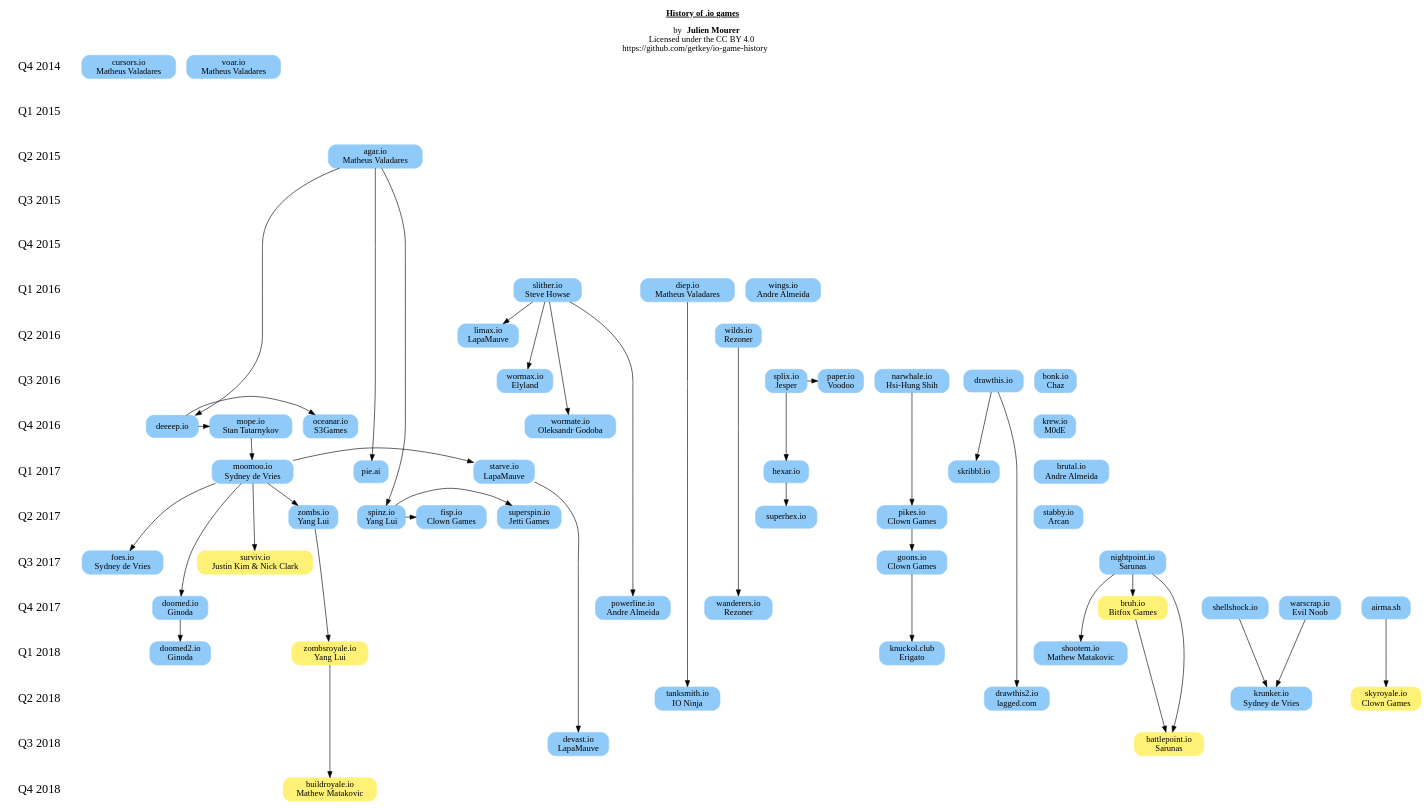
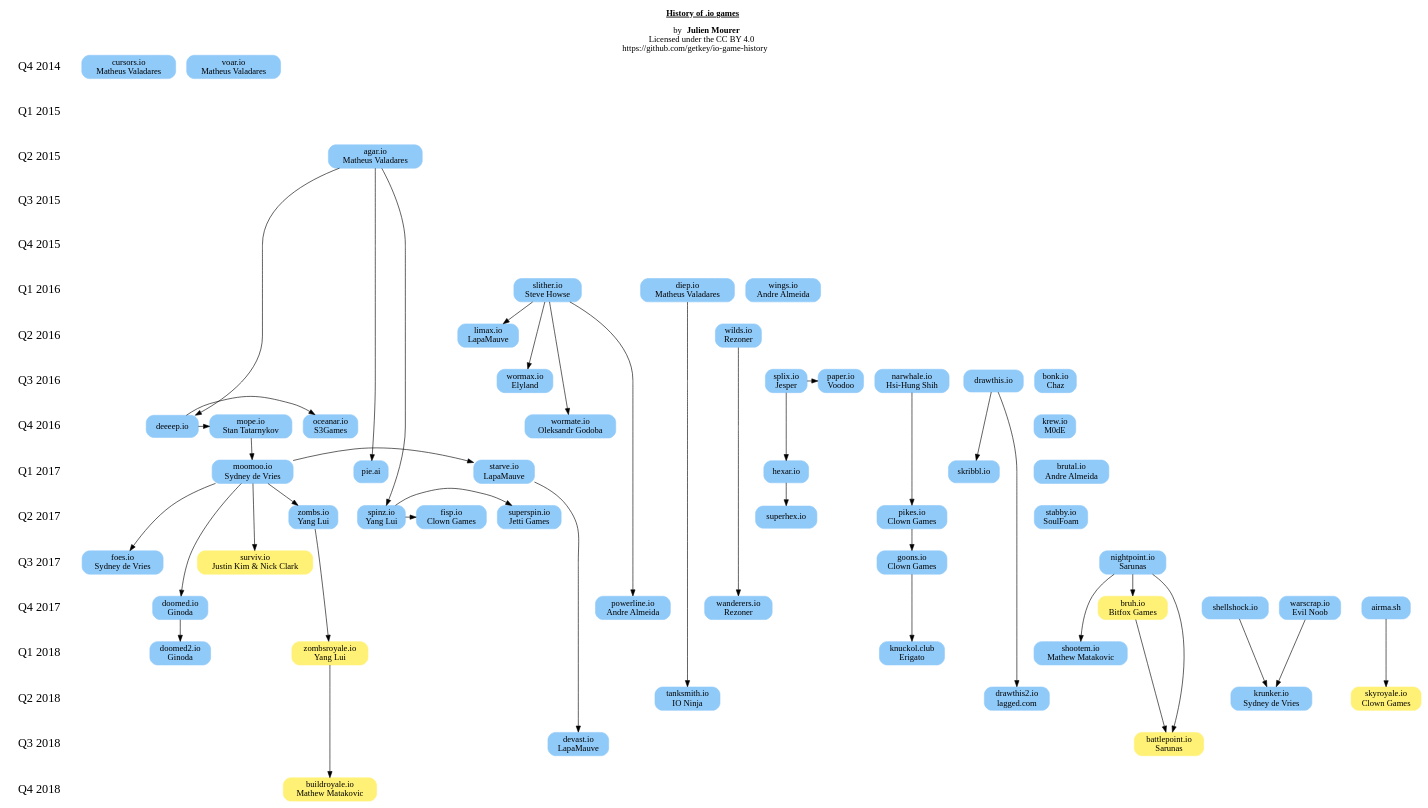
The diagram in io-game-history.gv (getkey/io-game-history), drawn with Graphviz before and after one commit.

Commit message:
Fix wrong author for stabby.io

```diff
--- a/io-game-history.gv
+++ b/io-game-history.gv
@@ -1,130 +1,130 @@
 digraph iogames {
     labelloc=t;
     label=<<u><b>History of .io games</b></u><br/><br/>by <b>Julien Mourer</b><br/>Licensed under the CC BY 4.0<br/>https://github.com/getkey/io-game-history>;
 
 	{
 		node [shape=none, color=white, fillcolor=white, fontsize=20, height=.5];
 		edge [style=invis]
 
 		{ "2014q4" [label="Q4 2014"] }
 		{ "2015q1" [label="Q1 2015"] }
 		{ "2015q2" [label="Q2 2015"] }
 		{ "2015q3" [label="Q3 2015"] }
 		{ "2015q4" [label="Q4 2015"] }
 		{ "2016q1" [label="Q1 2016"] }
 		{ "2016q2" [label="Q2 2016"] }
 		{ "2016q3" [label="Q3 2016"] }
 		{ "2016q4" [label="Q4 2016"] }
 		{ "2017q1" [label="Q1 2017"] }
 		{ "2017q2" [label="Q2 2017"] }
 		{ "2017q3" [label="Q3 2017"] }
 		{ "2017q4" [label="Q4 2017"] }
 		{ "2018q1" [label="Q1 2018"] }
 		{ "2018q2" [label="Q2 2018"] }
 		{ "2018q3" [label="Q3 2018"] }
 		{ "2018q4" [label="Q4 2018"] }
 
 		"2014q4" ->
 		"2015q1" -> "2015q2" -> "2015q3" -> "2015q4" ->
 		"2016q1" -> "2016q2" -> "2016q3" -> "2016q4" ->
 		"2017q1" -> "2017q2" -> "2017q3" -> "2017q4" ->
 		"2018q1" -> "2018q2" -> "2018q3" -> "2018q4";
 	}
 
 	{
 		node [color="#90caf9", style="rounded, filled", shape=box];
 
 		{ rank=same; "2014q4"; "cursors.io" [label="\N\nMatheus Valadares"] }
 		{ rank=same; "2014q4"; "voar.io" [label="\N\nMatheus Valadares"] }
 		{ rank=same; "2015q2"; "agar.io" [label="\N\nMatheus Valadares"] } // https://en.wikipedia.org/wiki/Agar.io
 		{ rank=same; "2016q1"; "slither.io" [label="\N\nSteve Howse"] } // https://en.wikipedia.org/wiki/Slither.io
 		{ rank=same; "2016q1"; "diep.io" [label="\N\nMatheus Valadares"] }
 		{ rank=same; "2016q1"; "wings.io" [label="\N\nAndre Almeida"] }
 		{ rank=same; "2016q2"; "limax.io" [label="\N\nLapaMauve"] }
 		{ rank=same; "2016q2"; "wilds.io" [label="\N\nRezoner"] }
 		{ rank=same; "2016q3"; "wormax.io" [label="\N\nElyland"] }
 		{ rank=same; "2016q4"; "deeeep.io" }
 		{ rank=same; "2016q4"; "oceanar.io" [label="\N\nS3Games"] }
 		{ rank=same; "2016q4"; "mope.io" [label="\N\nStan Tatarnykov"] }
 		{ rank=same; "2016q4"; "wormate.io" [label="\N\nOleksandr Godoba"] }
 		{ rank=same; "2016q3"; "paper.io" [label="\N\nVoodoo"] }
 		{ rank=same; "2016q3"; "narwhale.io" [label="\N\nHsi-Hung Shih"] }
 		{ rank=same; "2016q3"; "splix.io" [label="\N\nJesper"] }
 		{ rank=same; "2016q3"; "drawthis.io" }
 		{ rank=same; "2016q3"; "bonk.io" [label="\N\nChaz"] }
 		{ rank=same; "2016q4"; "krew.io" [label="\N\nM0dE"] }
 		{ rank=same; "2017q1"; "brutal.io" [label="\N\nAndre Almeida"] }
 		{ rank=same; "2017q1"; "hexar.io" }
 		{ rank=same; "2017q1"; "pie.ai" }
 		{ rank=same; "2017q1"; "moomoo.io" [label="\N\nSydney de Vries"] }
 		{ rank=same; "2017q1"; "starve.io" [label="\N\nLapaMauve"] }
 		{ rank=same; "2017q1"; "skribbl.io" }
-		{ rank=same; "2017q2"; "stabby.io" [label="\N\nArcan"] }
+		{ rank=same; "2017q2"; "stabby.io" [label="\N\nSoulFoam"] }
 		{ rank=same; "2017q2"; "zombs.io" [label="\N\nYang Lui"] }
 		{ rank=same; "2017q2"; "spinz.io" [label="\N\nYang Lui"] }
 		{ rank=same; "2017q2"; "superspin.io" [label="\N\nJetti Games"] }
 		{ rank=same; "2017q2"; "fisp.io" [label="\N\nClown Games"] }
 		{ rank=same; "2017q2"; "pikes.io" [label="\N\nClown Games"] }
 		{ rank=same; "2017q2"; "superhex.io" }
 		{ rank=same; "2017q3"; "goons.io" [label="\N\nClown Games"] }
 		{ rank=same; "2017q3"; "foes.io" [label="\N\nSydney de Vries"] }
 		{ rank=same; "2017q3"; "nightpoint.io" [label="\N\nSarunas"] }
 		{ rank=same; "2017q4"; "powerline.io" [label="\N\nAndre Almeida"] }
 		{ rank=same; "2017q4"; "doomed.io" [label="\N\nGinoda"] }
 		{ rank=same; "2017q4"; "wanderers.io" [label="\N\nRezoner"] }
 		{ rank=same; "2017q4"; "shellshock.io" }
 		{ rank=same; "2017q4"; "warscrap.io" [label="\N\nEvil Noob"] }
 		{ rank=same; "2017q4"; "airma.sh" }
 		{ rank=same; "2018q1"; "shootem.io" [label="\N\nMathew Matakovic"] }
 		{ rank=same; "2018q1"; "knuckol.club" [label="\N\nErigato"] }
 		{ rank=same; "2018q1"; "doomed2.io" [label="\N\nGinoda"] }
 		{ rank=same; "2018q2"; "tanksmith.io" [label="\N\nIO Ninja"] }
 		{ rank=same; "2018q2"; "drawthis2.io" [label="\N\nlagged.com"] }
 		{ rank=same; "2018q2"; "krunker.io" [label="\N\nSydney de Vries"] }
 		{ rank=same; "2018q3"; "devast.io" [label="\N\nLapaMauve"] }
 	}
 
 	{
 		/* Battle royale */
 		node [color="#fff176", style="rounded, filled", shape=box];
 
 		{ rank=same; "2017q3"; "surviv.io" [label="\N\nJustin Kim & Nick Clark"] } // https://en.wikipedia.org/wiki/Surviv.io
 		{ rank=same; "2017q4"; "bruh.io" [label="\N\nBitfox Games"] }
 		{ rank=same; "2018q1"; "zombsroyale.io" [label="\N\nYang Lui"] }
 		{ rank=same; "2018q2"; "skyroyale.io" [label="\N\nClown Games"] }
 		{ rank=same; "2018q3"; "battlepoint.io" [label="\N\nSarunas"] }
 		{ rank=same; "2018q4"; "buildroyale.io" [label="\N\nMathew Matakovic"] } // Mathew over Discord: "Build Royale was inspired by Creative Destruction"
 	}
 
 	"slither.io" -> "wormax.io";
 	"slither.io" -> "wormate.io";
 	"slither.io" -> "limax.io";
 	"slither.io" -> "powerline.io";
 	"deeeep.io" -> "oceanar.io";
 	"deeeep.io" -> "mope.io" -> "moomoo.io";
 	"moomoo.io" -> "foes.io";
 	"moomoo.io" -> "doomed.io" -> "doomed2.io";
 	"moomoo.io" -> "starve.io" -> "devast.io";
 	"moomoo.io" -> "surviv.io";
 	"moomoo.io" -> "zombs.io" -> "zombsroyale.io" -> "buildroyale.io";
 	"nightpoint.io" -> "battlepoint.io";
 	"nightpoint.io" -> "bruh.io";
 	"nightpoint.io" -> "shootem.io";
 	"bruh.io" -> "battlepoint.io";
 	"wilds.io" -> "wanderers.io";
 	"agar.io" -> "spinz.io" -> "fisp.io";
 	"spinz.io" -> "superspin.io";
 	"agar.io" -> "pie.ai";
 	"splix.io" -> "paper.io";
 	"splix.io" -> "hexar.io" -> "superhex.io";
 	"agar.io" -> "deeeep.io";
 	"diep.io" -> "tanksmith.io";
 	"warscrap.io" -> "krunker.io";
 	"shellshock.io" -> "krunker.io";
 	"drawthis.io" -> "skribbl.io";
 	"drawthis.io" -> "drawthis2.io";
 	"narwhale.io" -> "pikes.io" -> "goons.io";
 	"goons.io" -> "knuckol.club"; // confirmed to me by Erigato over Discord
 	"airma.sh" -> "skyroyale.io";
 	// Erigato says Yang tweeted that he should hop into making battle royale games like surviv, but I haven't been able to find the tweet so I'm not adding this relationship yet. It's good to know that this is probable though.
 }
```
